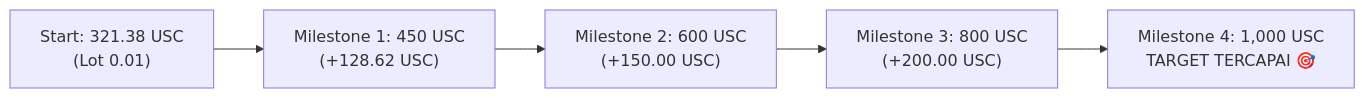
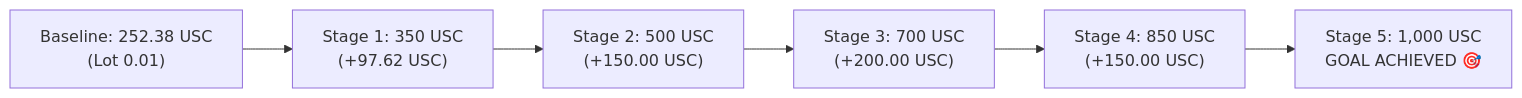
One commit to jpXproject/jev-mt5-hft-framework changed the diagram in docs/recovery_roadmap_1000usc.md. Above: the diagram before and after it, drawn with Mermaid. The commit also changed other lines of this file and 2 other files, not shown here.

Commit message:
feat(recovery): 252.38 to 1000 USC 5-stage blueprint and live progress bar UI

````diff
--- a/docs/recovery_roadmap_1000usc.md
+++ b/docs/recovery_roadmap_1000usc.md
@@ -25,7 +25,8 @@
 ```mermaid
 graph LR
-    M0["Start: 321.38 USC<br/>(Lot 0.01)"] --> M1["Milestone 1: 450 USC<br/>(+128.62 USC)"]
-    M1 --> M2["Milestone 2: 600 USC<br/>(+150.00 USC)"]
-    M2 --> M3["Milestone 3: 800 USC<br/>(+200.00 USC)"]
-    M3 --> M4["Milestone 4: 1,000 USC<br/>TARGET TERCAPAI 🎯"]
+    S0["Baseline: 252.38 USC<br/>(Lot 0.01)"] --> S1["Stage 1: 350 USC<br/>(+97.62 USC)"]
+    S1 --> S2["Stage 2: 500 USC<br/>(+150.00 USC)"]
+    S2 --> S3["Stage 3: 700 USC<br/>(+200.00 USC)"]
+    S3 --> S4["Stage 4: 850 USC<br/>(+150.00 USC)"]
+    S4 --> S5["Stage 5: 1,000 USC<br/>GOAL ACHIEVED 🎯"]
 ```
````
